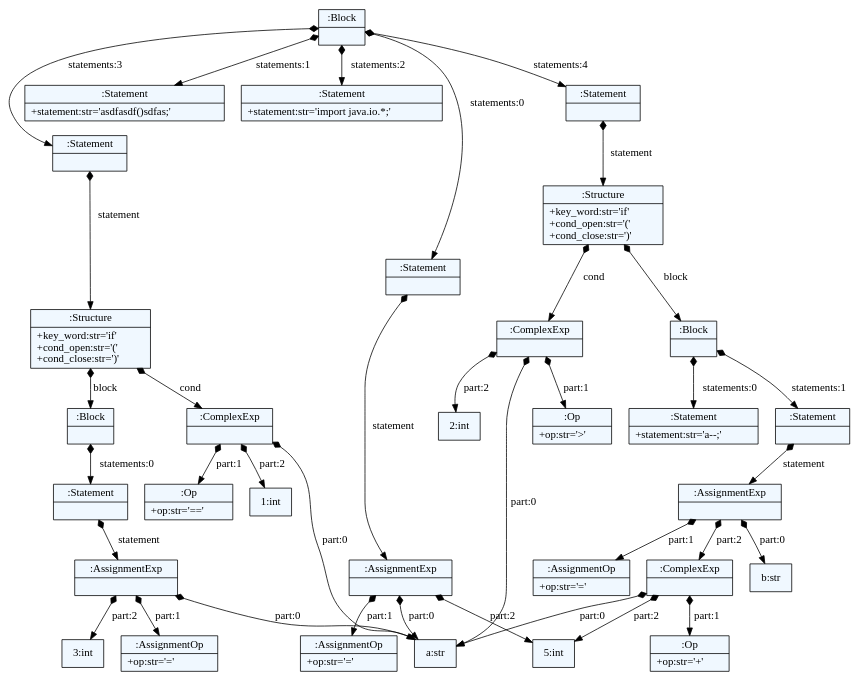
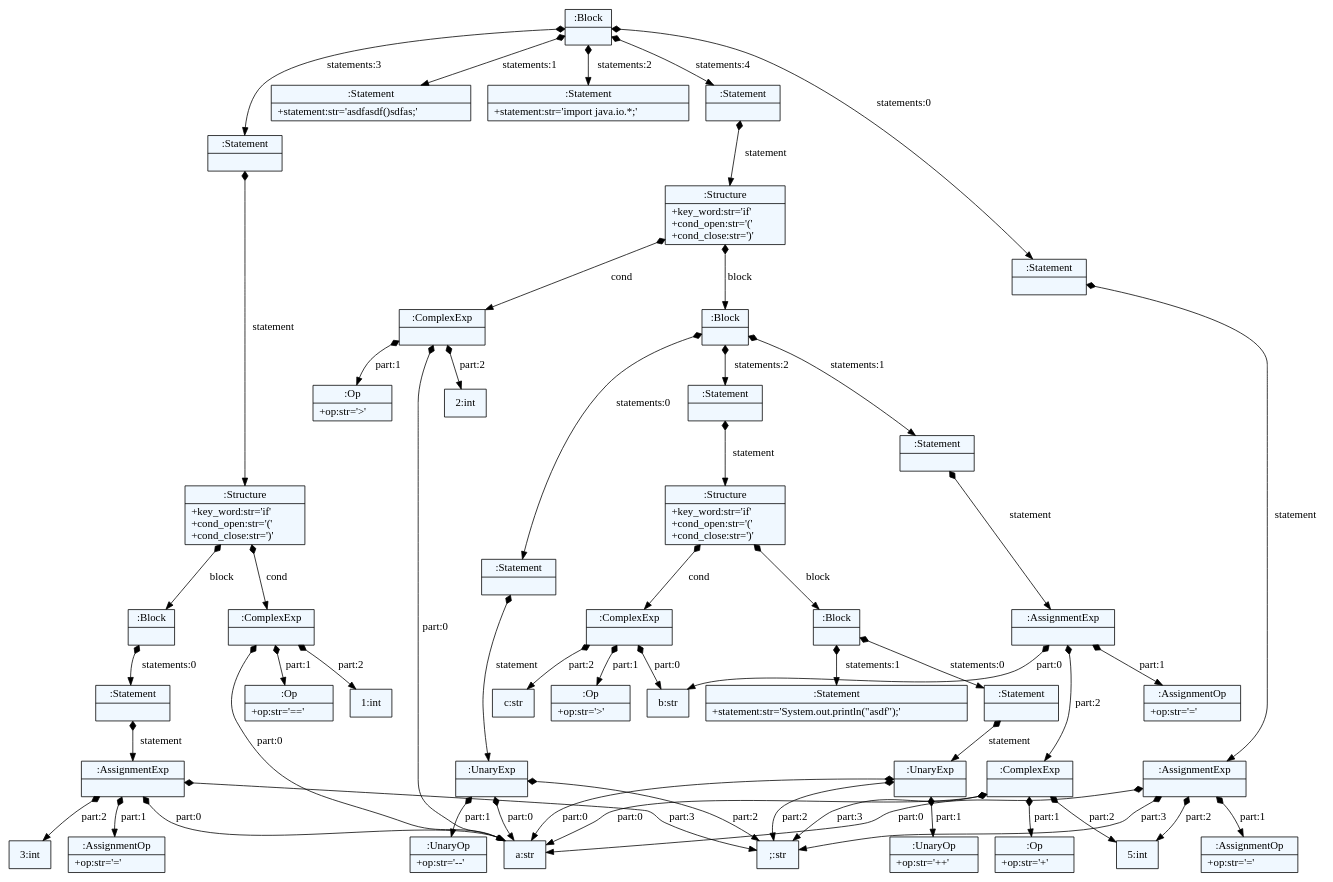
The diagram in dsl/model.dot (ajokic1/dsl), drawn with Graphviz before and after one commit. The commit also changed 8 other files, not shown here.

```diff
--- a/dsl/model.dot
+++ b/dsl/model.dot
@@ -1,75 +1,106 @@
 
     digraph textX {
     fontname = "Bitstream Vera Sans"
     fontsize = 8
     node[
         shape=record,
         style=filled,
         fillcolor=aliceblue
     ]
     nodesep = 0.3
     edge[dir=black,arrowtail=empty]
 
 
-140630859393968 -> 140630859392576 [label="statements:0" arrowtail=diamond dir=both]
-140630859392576 -> 140630859734896 [label="statement" arrowtail=diamond dir=both]
-140630859734896 -> "a:str" [label="part:0" arrowtail=diamond dir=both]
-140630859734896 -> 140630859734176 [label="part:1" arrowtail=diamond dir=both]
-140630859734176[label="{:AssignmentOp|+op:str='='\l}"]
-140630859734896 -> "5:int" [label="part:2" arrowtail=diamond dir=both]
-140630859734896[label="{:AssignmentExp|}"]
-140630859392576[label="{:Statement|}"]
-140630859393968 -> 140630859734320 [label="statements:1" arrowtail=diamond dir=both]
-140630859734320[label="{:Statement|+statement:str='asdfasdf()sdfas;'\l}"]
-140630859393968 -> 140630859733552 [label="statements:2" arrowtail=diamond dir=both]
-140630859733552[label="{:Statement|+statement:str='import java.io.*;'\l}"]
-140630859393968 -> 140630859733888 [label="statements:3" arrowtail=diamond dir=both]
-140630859733888 -> 140630859734464 [label="statement" arrowtail=diamond dir=both]
-140630859734464 -> 140630859733696 [label="cond" arrowtail=diamond dir=both]
-140630859733696 -> "a:str" [label="part:0" arrowtail=diamond dir=both]
-140630859733696 -> 140630859672160 [label="part:1" arrowtail=diamond dir=both]
-140630859672160[label="{:Op|+op:str='=='\l}"]
-140630859733696 -> "1:int" [label="part:2" arrowtail=diamond dir=both]
-140630859733696[label="{:ComplexExp|}"]
-140630859734464 -> 140630859670528 [label="block" arrowtail=diamond dir=both]
-140630859670528 -> 140630859376192 [label="statements:0" arrowtail=diamond dir=both]
-140630859376192 -> 140630859376144 [label="statement" arrowtail=diamond dir=both]
-140630859376144 -> "a:str" [label="part:0" arrowtail=diamond dir=both]
-140630859376144 -> 140630859598720 [label="part:1" arrowtail=diamond dir=both]
-140630859598720[label="{:AssignmentOp|+op:str='='\l}"]
-140630859376144 -> "3:int" [label="part:2" arrowtail=diamond dir=both]
-140630859376144[label="{:AssignmentExp|}"]
-140630859376192[label="{:Statement|}"]
-140630859670528[label="{:Block|}"]
-140630859734464[label="{:Structure|+key_word:str='if'\l+cond_open:str='('\l+cond_close:str=')'\l}"]
-140630859733888[label="{:Statement|}"]
-140630859393968 -> 140630859670624 [label="statements:4" arrowtail=diamond dir=both]
-140630859670624 -> 140630859734656 [label="statement" arrowtail=diamond dir=both]
-140630859734656 -> 140630859733264 [label="cond" arrowtail=diamond dir=both]
-140630859733264 -> "a:str" [label="part:0" arrowtail=diamond dir=both]
-140630859733264 -> 140630859597232 [label="part:1" arrowtail=diamond dir=both]
-140630859597232[label="{:Op|+op:str='\>'\l}"]
-140630859733264 -> "2:int" [label="part:2" arrowtail=diamond dir=both]
-140630859733264[label="{:ComplexExp|}"]
-140630859734656 -> 140630859597616 [label="block" arrowtail=diamond dir=both]
-140630859597616 -> 140630859596656 [label="statements:0" arrowtail=diamond dir=both]
-140630859596656[label="{:Statement|+statement:str='a--;'\l}"]
-140630859597616 -> 140630859597040 [label="statements:1" arrowtail=diamond dir=both]
-140630859597040 -> 140630859595984 [label="statement" arrowtail=diamond dir=both]
-140630859595984 -> "b:str" [label="part:0" arrowtail=diamond dir=both]
-140630859595984 -> 140630859596560 [label="part:1" arrowtail=diamond dir=both]
-140630859596560[label="{:AssignmentOp|+op:str='='\l}"]
-140630859595984 -> 140630859597184 [label="part:2" arrowtail=diamond dir=both]
-140630859597184 -> "a:str" [label="part:0" arrowtail=diamond dir=both]
-140630859597184 -> 140630859599440 [label="part:1" arrowtail=diamond dir=both]
-140630859599440[label="{:Op|+op:str='+'\l}"]
-140630859597184 -> "5:int" [label="part:2" arrowtail=diamond dir=both]
-140630859597184[label="{:ComplexExp|}"]
-140630859595984[label="{:AssignmentExp|}"]
-140630859597040[label="{:Statement|}"]
-140630859597616[label="{:Block|}"]
-140630859734656[label="{:Structure|+key_word:str='if'\l+cond_open:str='('\l+cond_close:str=')'\l}"]
-140630859670624[label="{:Statement|}"]
-140630859393968[label="{:Block|}"]
+139861256353056 -> 139861256222800 [label="statements:0" arrowtail=diamond dir=both]
+139861256222800 -> 139861256223232 [label="statement" arrowtail=diamond dir=both]
+139861256223232 -> "a:str" [label="part:0" arrowtail=diamond dir=both]
+139861256223232 -> 139861256224096 [label="part:1" arrowtail=diamond dir=both]
+139861256224096[label="{:AssignmentOp|+op:str='='\l}"]
+139861256223232 -> "5:int" [label="part:2" arrowtail=diamond dir=both]
+139861256223232 -> ";:str" [label="part:3" arrowtail=diamond dir=both]
+139861256223232[label="{:AssignmentExp|}"]
+139861256222800[label="{:Statement|}"]
+139861256353056 -> 139861256224672 [label="statements:1" arrowtail=diamond dir=both]
+139861256224672[label="{:Statement|+statement:str='asdfasdf()sdfas;'\l}"]
+139861256353056 -> 139861256224192 [label="statements:2" arrowtail=diamond dir=both]
+139861256224192[label="{:Statement|+statement:str='import java.io.*;'\l}"]
+139861256353056 -> 139861256223376 [label="statements:3" arrowtail=diamond dir=both]
+139861256223376 -> 139861256221840 [label="statement" arrowtail=diamond dir=both]
+139861256221840 -> 139861256223568 [label="cond" arrowtail=diamond dir=both]
+139861256223568 -> "a:str" [label="part:0" arrowtail=diamond dir=both]
+139861256223568 -> 139861256287088 [label="part:1" arrowtail=diamond dir=both]
+139861256287088[label="{:Op|+op:str='=='\l}"]
+139861256223568 -> "1:int" [label="part:2" arrowtail=diamond dir=both]
+139861256223568[label="{:ComplexExp|}"]
+139861256221840 -> 139861256288144 [label="block" arrowtail=diamond dir=both]
+139861256288144 -> 139861256288000 [label="statements:0" arrowtail=diamond dir=both]
+139861256288000 -> 139861256289344 [label="statement" arrowtail=diamond dir=both]
+139861256289344 -> "a:str" [label="part:0" arrowtail=diamond dir=both]
+139861256289344 -> 139861256289632 [label="part:1" arrowtail=diamond dir=both]
+139861256289632[label="{:AssignmentOp|+op:str='='\l}"]
+139861256289344 -> "3:int" [label="part:2" arrowtail=diamond dir=both]
+139861256289344 -> ";:str" [label="part:3" arrowtail=diamond dir=both]
+139861256289344[label="{:AssignmentExp|}"]
+139861256288000[label="{:Statement|}"]
+139861256288144[label="{:Block|}"]
+139861256221840[label="{:Structure|+key_word:str='if'\l+cond_open:str='('\l+cond_close:str=')'\l}"]
+139861256223376[label="{:Statement|}"]
+139861256353056 -> 139861256223184 [label="statements:4" arrowtail=diamond dir=both]
+139861256223184 -> 139861256287952 [label="statement" arrowtail=diamond dir=both]
+139861256287952 -> 139861256289536 [label="cond" arrowtail=diamond dir=both]
+139861256289536 -> "a:str" [label="part:0" arrowtail=diamond dir=both]
+139861256289536 -> 139861256289776 [label="part:1" arrowtail=diamond dir=both]
+139861256289776[label="{:Op|+op:str='\>'\l}"]
+139861256289536 -> "2:int" [label="part:2" arrowtail=diamond dir=both]
+139861256289536[label="{:ComplexExp|}"]
+139861256287952 -> 139861256289872 [label="block" arrowtail=diamond dir=both]
+139861256289872 -> 139861256290064 [label="statements:0" arrowtail=diamond dir=both]
+139861256290064 -> 139861256290208 [label="statement" arrowtail=diamond dir=both]
+139861256290208 -> "a:str" [label="part:0" arrowtail=diamond dir=both]
+139861256290208 -> 139861256077424 [label="part:1" arrowtail=diamond dir=both]
+139861256077424[label="{:UnaryOp|+op:str='--'\l}"]
+139861256290208 -> ";:str" [label="part:2" arrowtail=diamond dir=both]
+139861256290208[label="{:UnaryExp|}"]
+139861256290064[label="{:Statement|}"]
+139861256289872 -> 139861256290160 [label="statements:1" arrowtail=diamond dir=both]
+139861256290160 -> 139861256077520 [label="statement" arrowtail=diamond dir=both]
+139861256077520 -> "b:str" [label="part:0" arrowtail=diamond dir=both]
+139861256077520 -> 139861256077664 [label="part:1" arrowtail=diamond dir=both]
+139861256077664[label="{:AssignmentOp|+op:str='='\l}"]
+139861256077520 -> 139861256077760 [label="part:2" arrowtail=diamond dir=both]
+139861256077760 -> "a:str" [label="part:0" arrowtail=diamond dir=both]
+139861256077760 -> 139861256077904 [label="part:1" arrowtail=diamond dir=both]
+139861256077904[label="{:Op|+op:str='+'\l}"]
+139861256077760 -> "5:int" [label="part:2" arrowtail=diamond dir=both]
+139861256077760 -> ";:str" [label="part:3" arrowtail=diamond dir=both]
+139861256077760[label="{:ComplexExp|}"]
+139861256077520[label="{:AssignmentExp|}"]
+139861256290160[label="{:Statement|}"]
+139861256289872 -> 139861256077376 [label="statements:2" arrowtail=diamond dir=both]
+139861256077376 -> 139861256078000 [label="statement" arrowtail=diamond dir=both]
+139861256078000 -> 139861256078096 [label="cond" arrowtail=diamond dir=both]
+139861256078096 -> "b:str" [label="part:0" arrowtail=diamond dir=both]
+139861256078096 -> 139861256078240 [label="part:1" arrowtail=diamond dir=both]
+139861256078240[label="{:Op|+op:str='\>'\l}"]
+139861256078096 -> "c:str" [label="part:2" arrowtail=diamond dir=both]
+139861256078096[label="{:ComplexExp|}"]
+139861256078000 -> 139861256078192 [label="block" arrowtail=diamond dir=both]
+139861256078192 -> 139861256078480 [label="statements:0" arrowtail=diamond dir=both]
+139861256078480 -> 139861256078624 [label="statement" arrowtail=diamond dir=both]
+139861256078624 -> "a:str" [label="part:0" arrowtail=diamond dir=both]
+139861256078624 -> 139861256078768 [label="part:1" arrowtail=diamond dir=both]
+139861256078768[label="{:UnaryOp|+op:str='++'\l}"]
+139861256078624 -> ";:str" [label="part:2" arrowtail=diamond dir=both]
+139861256078624[label="{:UnaryExp|}"]
+139861256078480[label="{:Statement|}"]
+139861256078192 -> 139861256078576 [label="statements:1" arrowtail=diamond dir=both]
+139861256078576[label="{:Statement|+statement:str='System.out.println(\"asdf\");'\l}"]
+139861256078192[label="{:Block|}"]
+139861256078000[label="{:Structure|+key_word:str='if'\l+cond_open:str='('\l+cond_close:str=')'\l}"]
+139861256077376[label="{:Statement|}"]
+139861256289872[label="{:Block|}"]
+139861256287952[label="{:Structure|+key_word:str='if'\l+cond_open:str='('\l+cond_close:str=')'\l}"]
+139861256223184[label="{:Statement|}"]
+139861256353056[label="{:Block|}"]
 
 }
```
